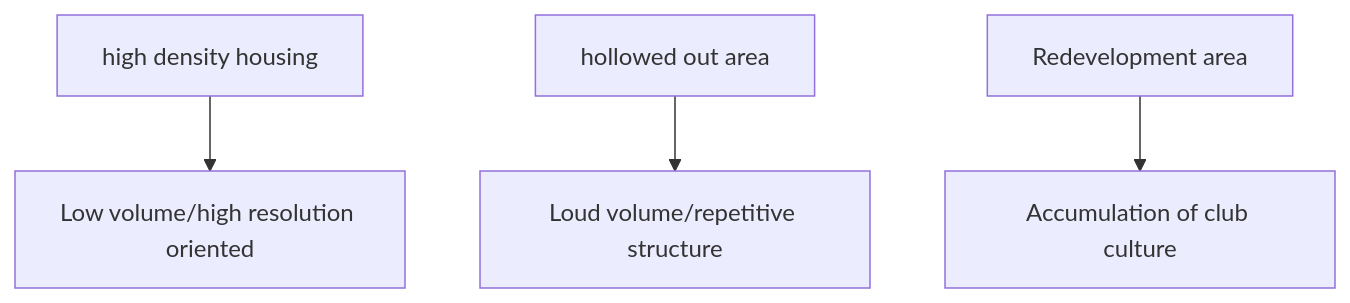
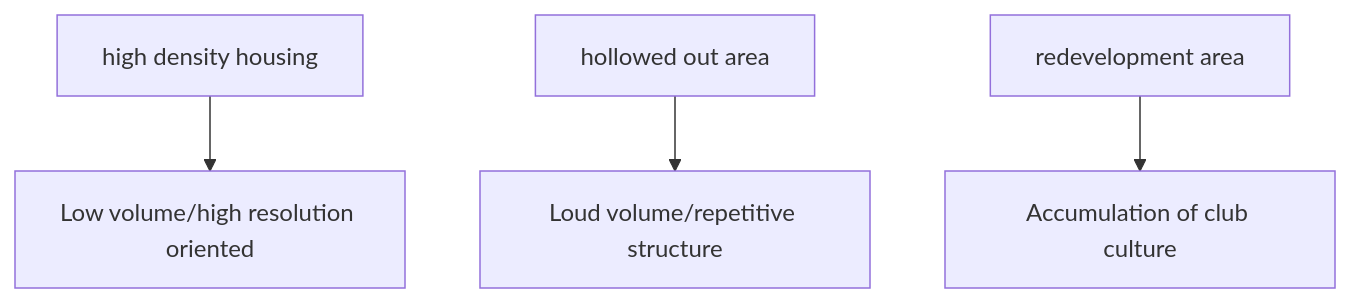
One commit to monumental-movement/monumental-movement.github.io changed the second of 3 diagrams in en/_posts/2026-02-06-column-music-urban-space.md. Above: the diagram before and after it, drawn with Mermaid. The commit also changed other lines of this file and 419 other files, not shown here.

```diff
--- a/en/_posts/2026-02-06-column-music-urban-space.md
+++ b/en/_posts/2026-02-06-column-music-urban-space.md
@@ -198,6 +198,6 @@
 <div class="mermaid">
 flowchart TB
 A[high density housing] --> B[Low volume/high resolution oriented]
 C[hollowed out area] --> D[Loud volume/repetitive structure]
-E[Redevelopment area] --> F[Accumulation of club culture]
+E[redevelopment area] --> F[Accumulation of club culture]
 </div>
```
